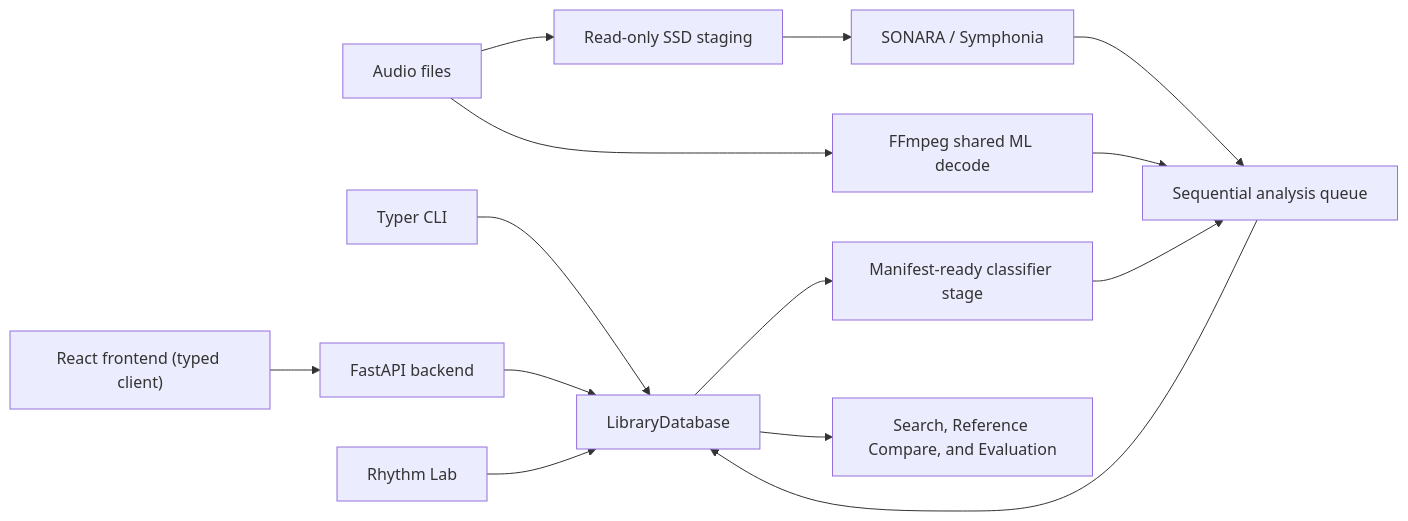
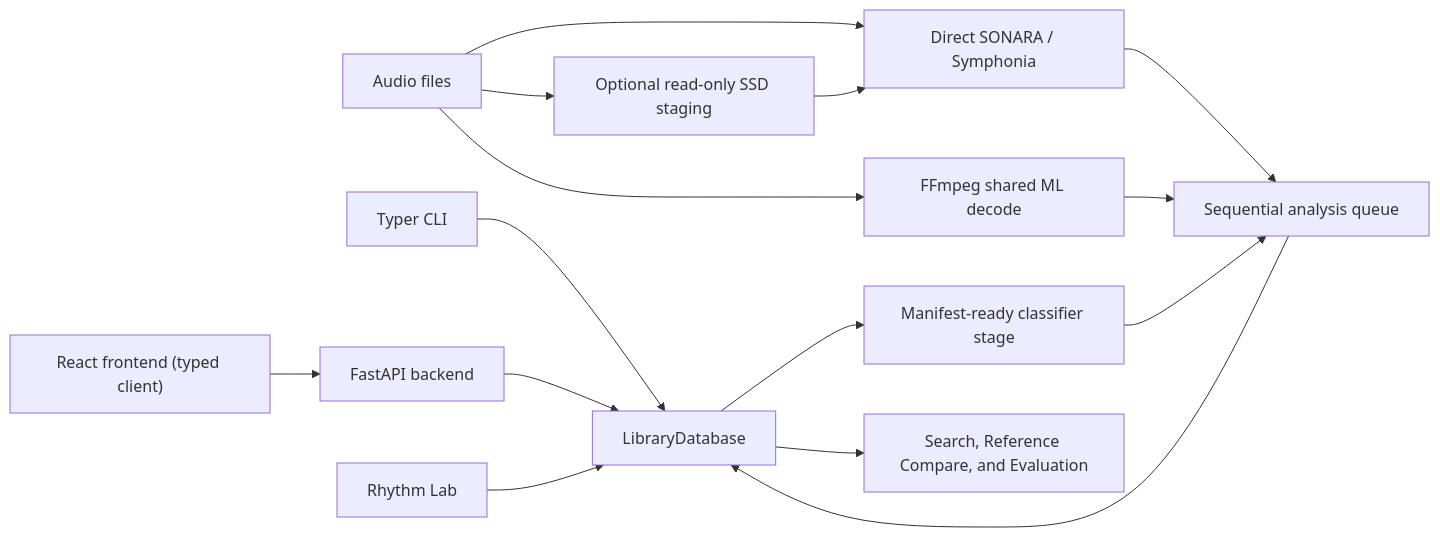
Before and after one commit to MeteorBurn/dj-track-similarity: the diagram in docs/dj-track-similarity/developer/architecture.md, drawn with Mermaid. The commit also changed other lines of this file and 32 other files, not shown here.

Commit message:
feat: add configurable SONARA staging mode

````diff
--- a/docs/dj-track-similarity/developer/architecture.md
+++ b/docs/dj-track-similarity/developer/architecture.md
@@ -9,16 +9,17 @@
 ```mermaid
 flowchart LR
     CLI[Typer CLI] --> DB[LibraryDatabase]
     API[FastAPI backend] --> DB
     UI["React frontend (typed client)"] --> API
-    Audio[Audio files] --> Stage[Read-only SSD staging]
-    Stage --> Sonara[SONARA / Symphonia]
+    Audio[Audio files] --> Sonara[Direct SONARA / Symphonia]
+    Audio --> Stage[Optional read-only SSD staging]
+    Stage --> Sonara
     Audio --> FFmpeg[FFmpeg shared ML decode]
     Sonara --> Queue[Sequential analysis queue]
     FFmpeg --> Queue
     Queue --> DB
     DB --> Classifiers[Manifest-ready classifier stage]
     Classifiers --> Queue
     DB --> Search[Search, Reference Compare, and Evaluation]
     Lab[Rhythm Lab] --> DB
 ```
````
